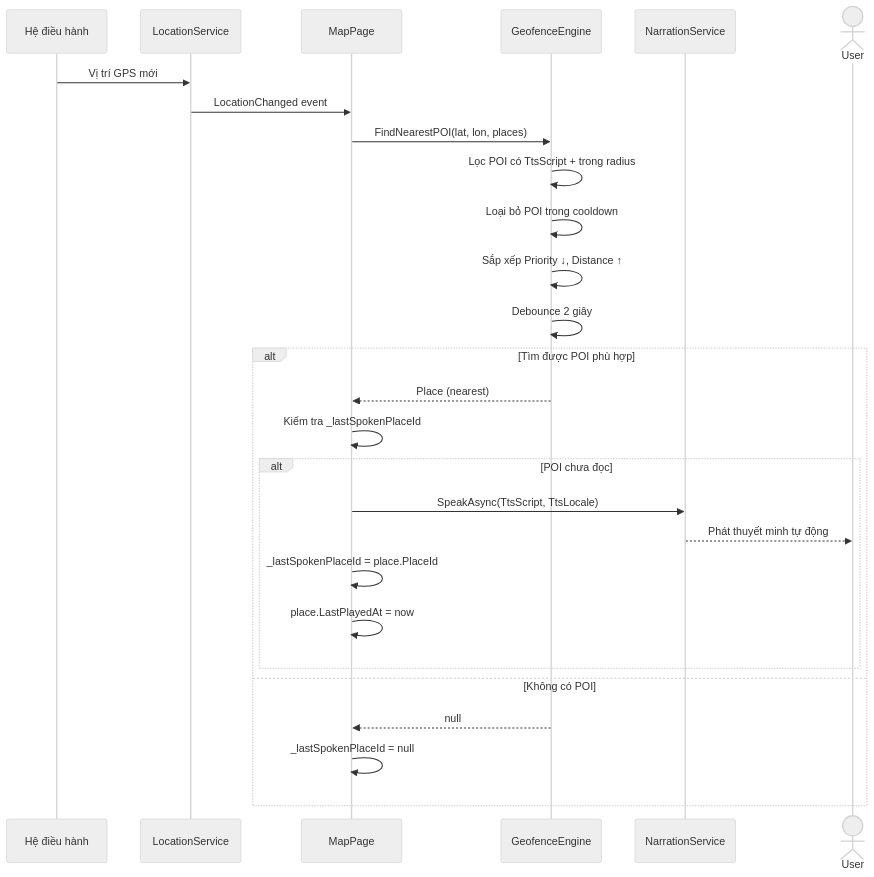
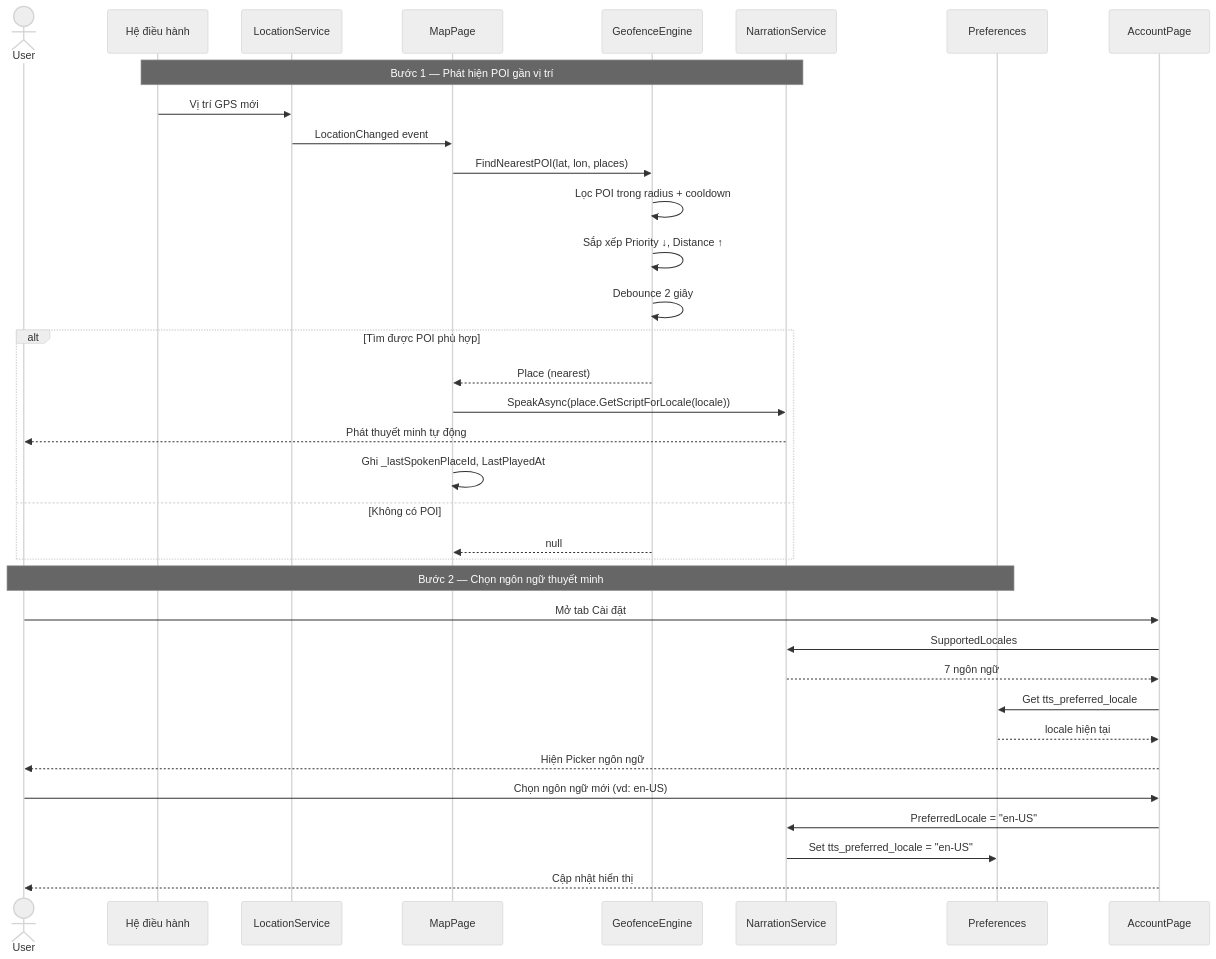
The ninth of 21 diagrams in PRD.md (MTai55/TourguideProjectApp), drawn with Mermaid (neutral theme) before and after one commit. The commit also changed other lines of this file, not shown here.

Commit message:
diagrams

````diff
--- a/PRD.md
+++ b/PRD.md
@@ -1207,31 +1184,40 @@
 ```mermaid
 sequenceDiagram
+    actor User
     participant OS as Hệ điều hành
     participant LocationService
     participant MapPage
     participant GeofenceEngine
     participant NarrationService
-    actor User
+    participant Preferences
+    participant AccountPage
 
+    Note over OS,NarrationService: Bước 1 — Phát hiện POI gần vị trí
     OS->>LocationService: Vị trí GPS mới
     LocationService->>MapPage: LocationChanged event
     MapPage->>GeofenceEngine: FindNearestPOI(lat, lon, places)
-    GeofenceEngine->>GeofenceEngine: Lọc POI có TtsScript + trong radius
-    GeofenceEngine->>GeofenceEngine: Loại bỏ POI trong cooldown
+    GeofenceEngine->>GeofenceEngine: Lọc POI trong radius + cooldown
     GeofenceEngine->>GeofenceEngine: Sắp xếp Priority ↓, Distance ↑
     GeofenceEngine->>GeofenceEngine: Debounce 2 giây
-
     alt Tìm được POI phù hợp
         GeofenceEngine-->>MapPage: Place (nearest)
-        MapPage->>MapPage: Kiểm tra _lastSpokenPlaceId
-        alt POI chưa đọc
-            MapPage->>NarrationService: SpeakAsync(TtsScript, TtsLocale)
-            NarrationService-->>User: Phát thuyết minh tự động
-            MapPage->>MapPage: _lastSpokenPlaceId = place.PlaceId
-            MapPage->>MapPage: place.LastPlayedAt = now
-        end
+        MapPage->>NarrationService: SpeakAsync(place.GetScriptForLocale(locale))
+        NarrationService-->>User: Phát thuyết minh tự động
+        MapPage->>MapPage: Ghi _lastSpokenPlaceId, LastPlayedAt
     else Không có POI
         GeofenceEngine-->>MapPage: null
-        MapPage->>MapPage: _lastSpokenPlaceId = null
     end
+
+    Note over User,Preferences: Bước 2 — Chọn ngôn ngữ thuyết minh
+    User->>AccountPage: Mở tab Cài đặt
+    AccountPage->>NarrationService: SupportedLocales
+    NarrationService-->>AccountPage: 7 ngôn ngữ
+    AccountPage->>Preferences: Get tts_preferred_locale
+    Preferences-->>AccountPage: locale hiện tại
+    AccountPage-->>User: Hiện Picker ngôn ngữ
+
+    User->>AccountPage: Chọn ngôn ngữ mới (vd: en-US)
+    AccountPage->>NarrationService: PreferredLocale = "en-US"
+    NarrationService->>Preferences: Set tts_preferred_locale = "en-US"
+    AccountPage-->>User: Cập nhật hiển thị
 ```
````
